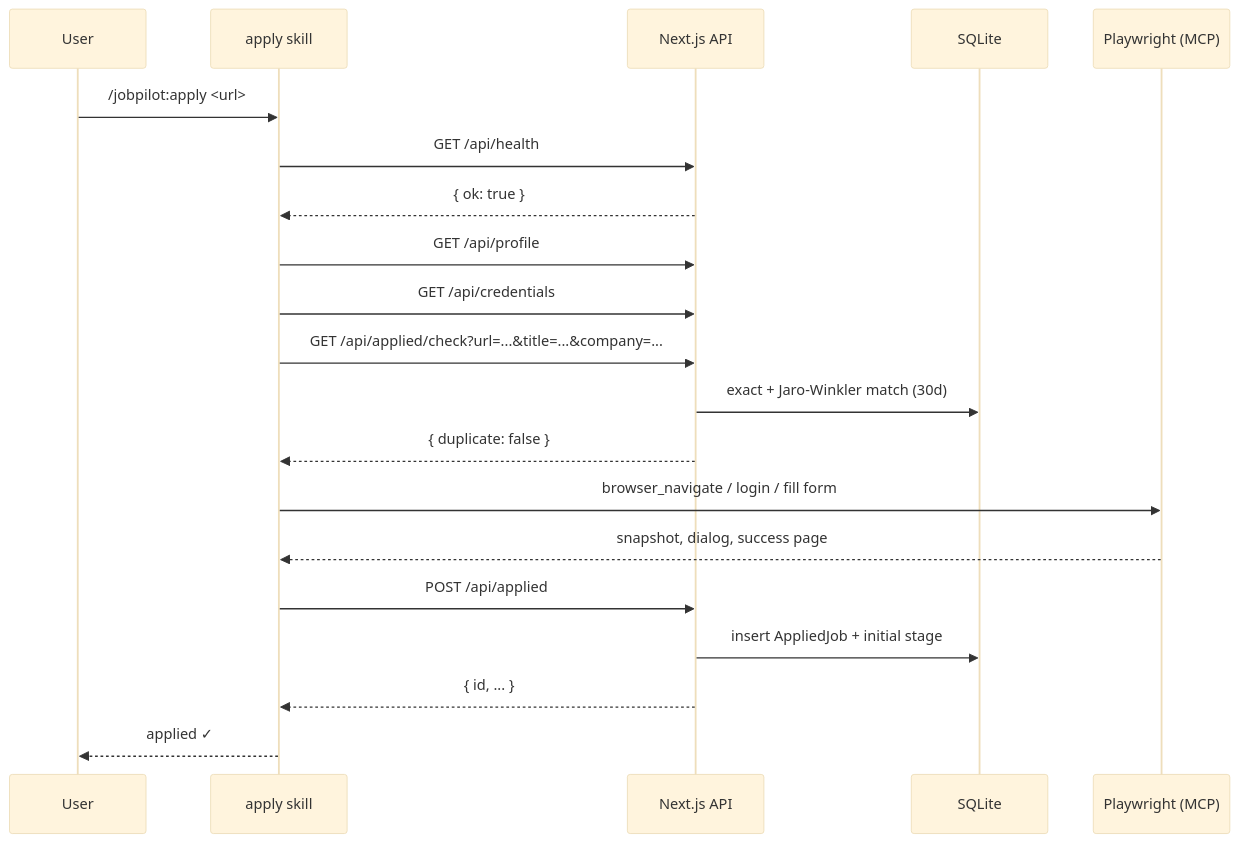
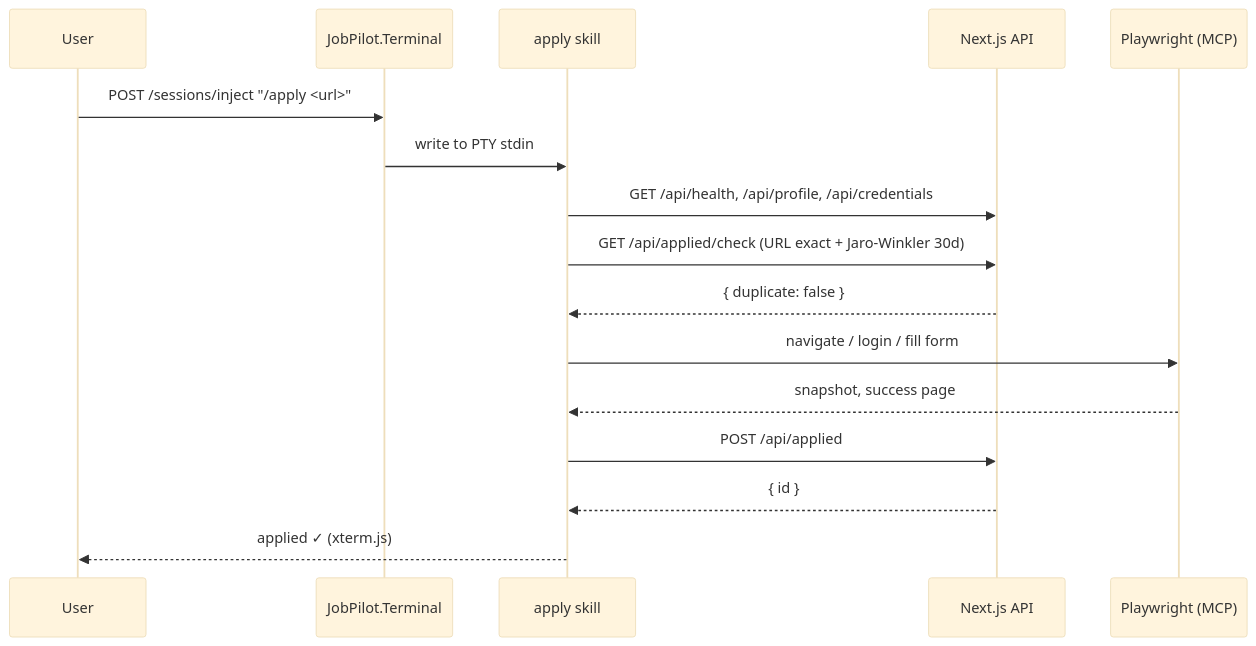
Before and after one commit to davidscotttufts/jobpilot: the second of 3 diagrams in docs/architecture.md, drawn with Mermaid (base theme). The commit also changed other lines of this file and 4 other files, not shown here.

Commit message:
feat: remove humanizer submodule; vendored skill now located in src/JobPilot.Terminal/.claude/skills/humanizer/ docs: update CLAUDE.md, README.md, architecture.md, and self-hosting.md to reflect changes in humanizer integration and project structure

````diff
--- a/docs/architecture.md
+++ b/docs/architecture.md
@@ -105,23 +111,19 @@
 ```mermaid
 sequenceDiagram
     participant U as User
+    participant T as JobPilot.Terminal
     participant S as apply skill
     participant API as Next.js API
-    participant DB as SQLite
     participant B as Playwright (MCP)
 
-    U->>S: /jobpilot:apply <url>
-    S->>API: GET /api/health
-    API-->>S: { ok: true }
-    S->>API: GET /api/profile
-    S->>API: GET /api/credentials
-    S->>API: GET /api/applied/check?url=...&title=...&company=...
-    API->>DB: exact + Jaro-Winkler match (30d)
+    U->>T: POST /sessions/inject "/apply <url>"
+    T->>S: write to PTY stdin
+    S->>API: GET /api/health, /api/profile, /api/credentials
+    S->>API: GET /api/applied/check (URL exact + Jaro-Winkler 30d)
     API-->>S: { duplicate: false }
-    S->>B: browser_navigate / login / fill form
-    B-->>S: snapshot, dialog, success page
+    S->>B: navigate / login / fill form
+    B-->>S: snapshot, success page
     S->>API: POST /api/applied
-    API->>DB: insert AppliedJob + initial stage
-    API-->>S: { id, ... }
-    S-->>U: applied ✓
+    API-->>S: { id }
+    S-->>U: applied ✓ (xterm.js)
 ```
````
